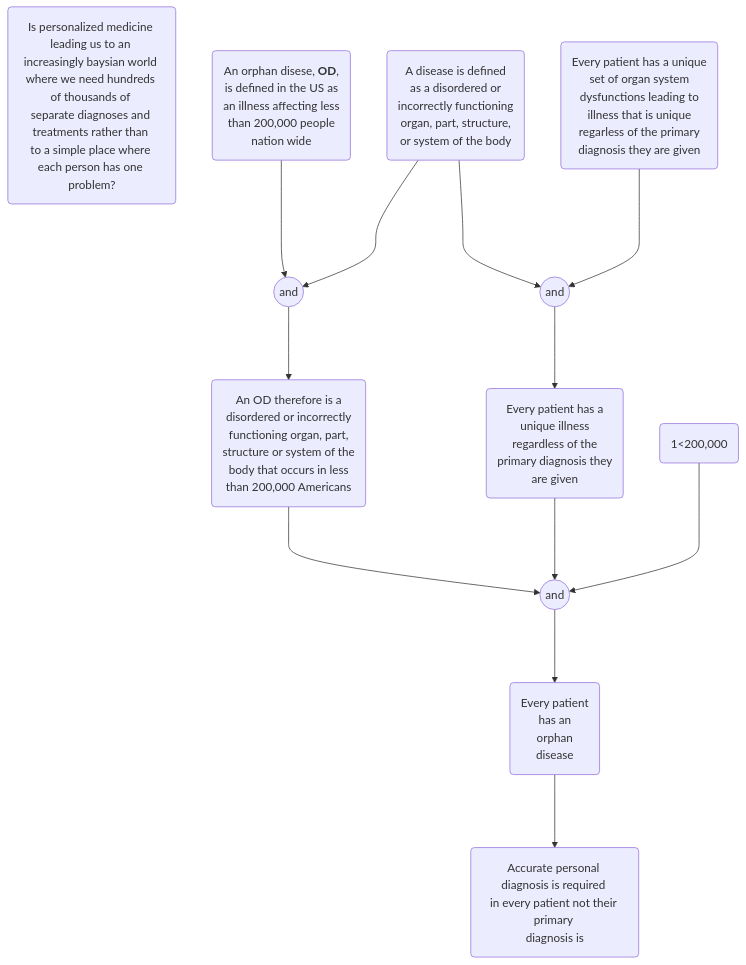
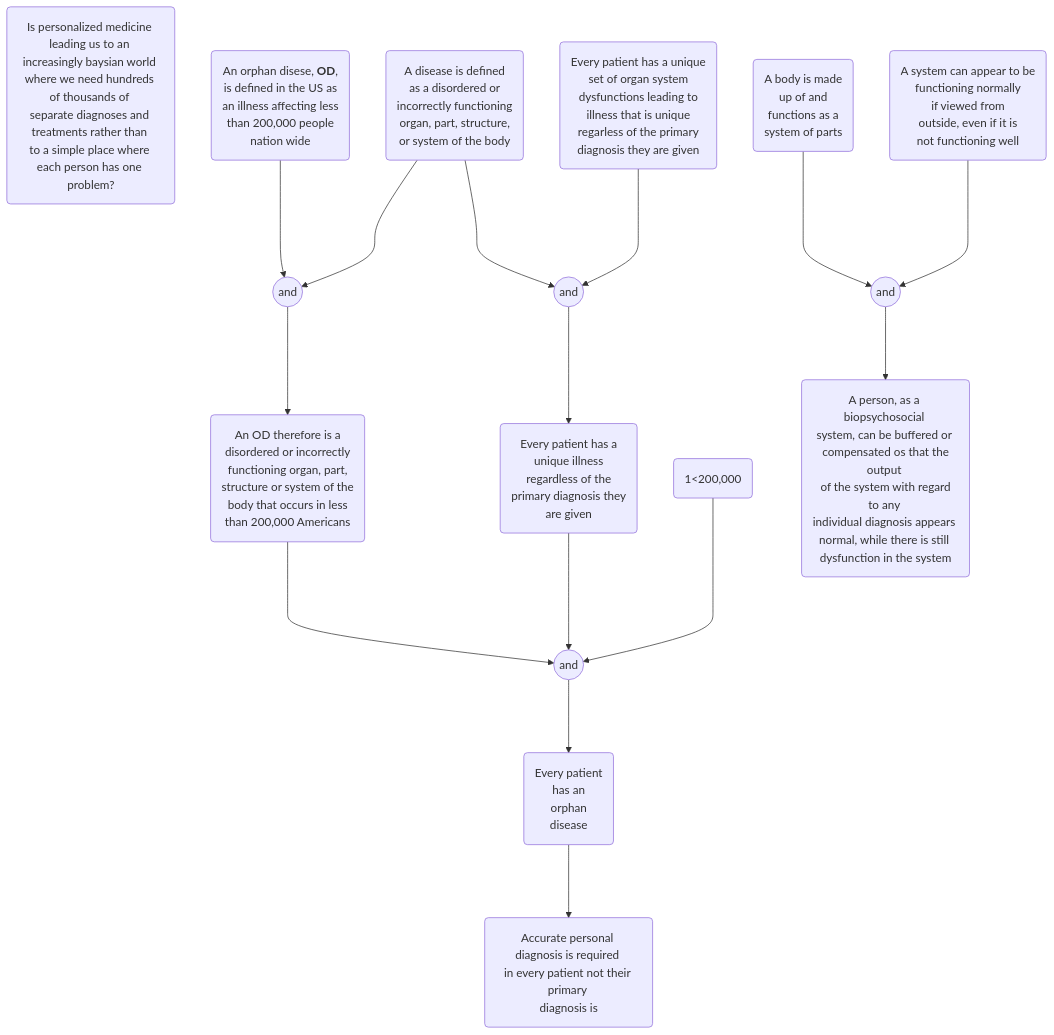
One commit to hwetsman/TOC_Trees changed the diagram in Orphan_Diseases.md. Above: the diagram before and after it, drawn with Mermaid.

Commit message:
Code: add second leg

````diff
--- a/Orphan_Diseases.md
+++ b/Orphan_Diseases.md
@@ -3,32 +3,38 @@
 ```mermaid
 flowchart TD
 proposition(Is personalized medicine <br>leading us to an <br>increasingly baysian world <br>where we need hundreds <br>of thousands of <br>separate diagnoses and <br>treatments rather than <br>to a simple place where <br>each person has one problem?)
 
 orphan(An orphan disese, <b>OD</b>, <br>is defined in the US as <br>an illness affecting less <br>than 200,000 people <br> nation wide)
 disease(A disease is defined <br>as a disordered or <br>incorrectly functioning <br>organ, part, structure, <br>or system of the body)
 and1((and))
     orphan--->and1
     disease--->and1
 every_pt(Every patient has a unique <br>set of organ system <br>dysfunctions leading to <br>illness that is unique <br>regarless of the primary <br>diagnosis they are given)
 and2((and))
     every_pt--->and2
     disease--->and2
 OD_def(An OD therefore is a <br>disordered or incorrectly <br> functioning organ, part, <br>structure or system of the <br>body that occurs in less <br>than 200,000 Americans)
     and1--->OD_def
 every_pt2(Every patient has a <br>unique illness <br>regardless of the <br> primary diagnosis they <br>are given)
     and2--->every_pt2
 logic(1<200,000)
 and3((and))
     OD_def--->and3
     every_pt2--->and3
     logic--->and3
 every_pt3(Every patient <br>has an <br>orphan <br>disease)
     and3--->every_pt3
 accurate(Accurate personal <br>diagnosis is required <br>in every patient not <brmatter how common <br>their primary <br>diagnosis is)
     every_pt3--->accurate
 
-
+body(A body is made <br>up of and <br>functions as a <br>system of parts)
+systems(A system can appear to be <br>functioning normally <br>if viewed from <br> outside, even if it is <br>not functioning well)
+and4((and))
+    body--->and4
+    systems--->and4
+persons(A person, as a biopsychosocial <br>system, can be buffered or <br> compensated os that the output <br> of the system with regard to any <br>individual diagnosis appears <br>normal, while there is still <br>dysfunction in the system)
+    and4--->persons
 
 
 
 ```
````
